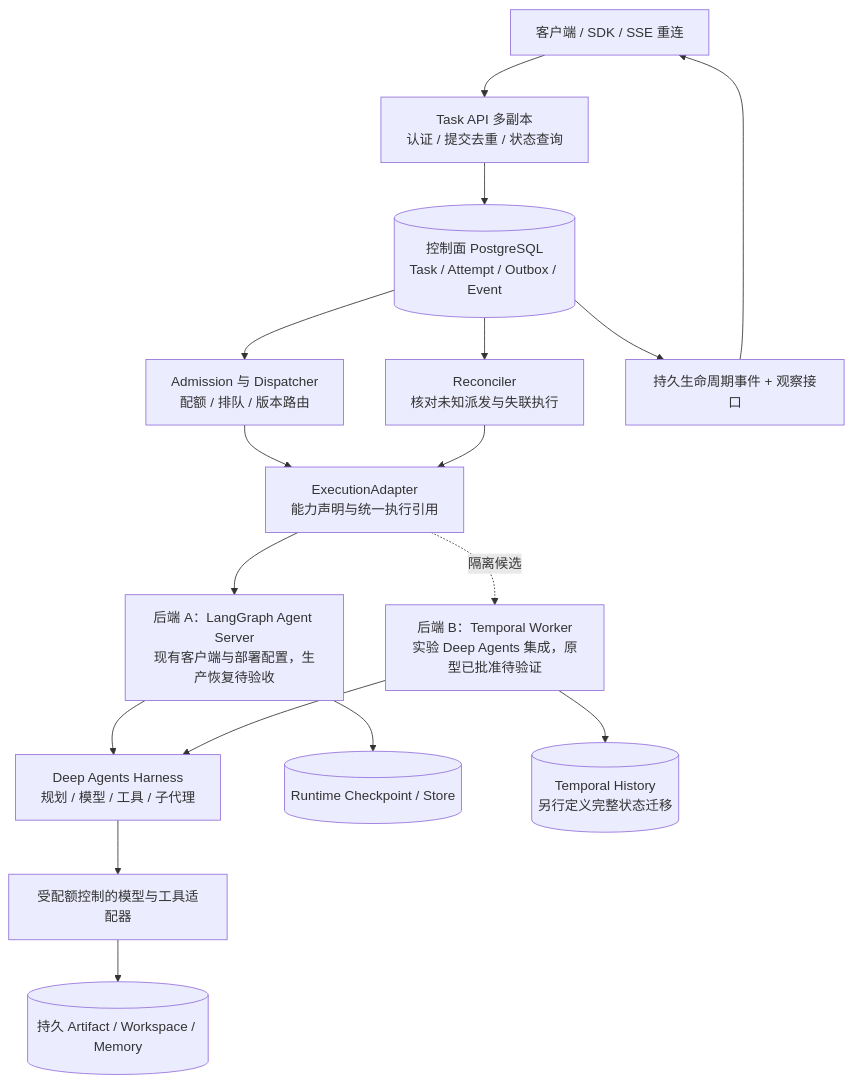
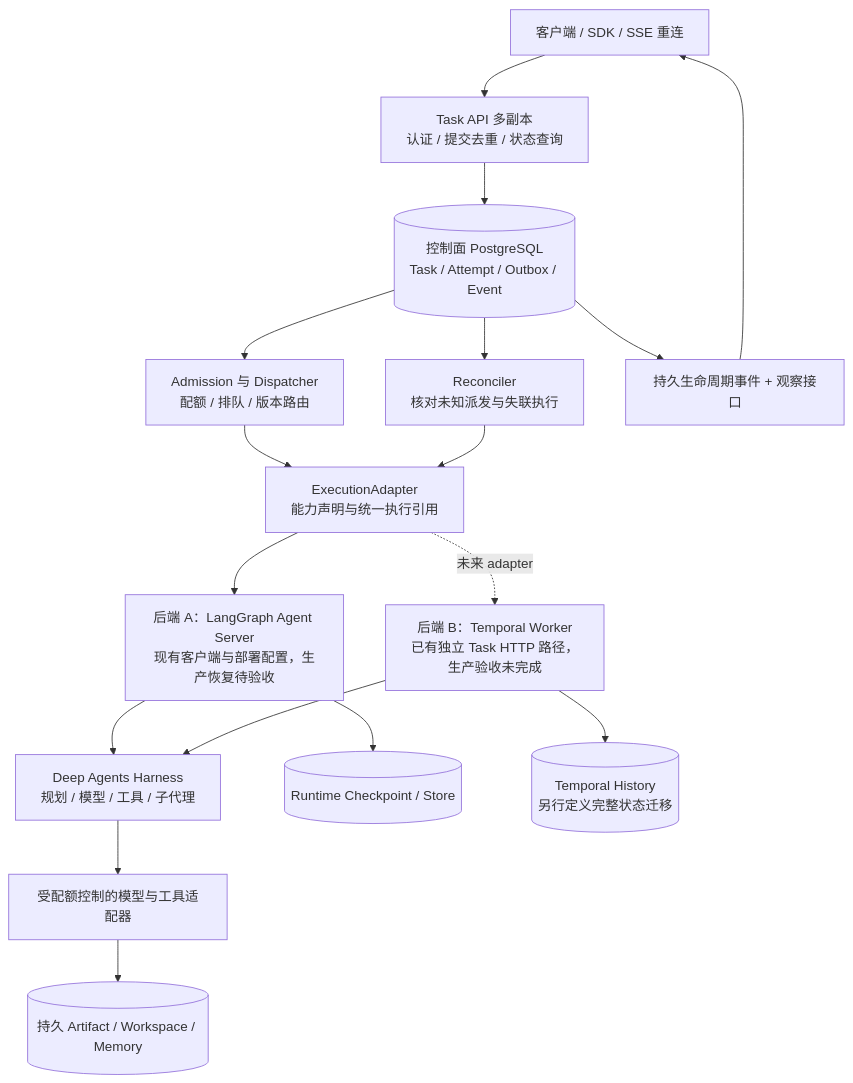
Before and after one commit to luoyjx/mini-loop: the first of 2 diagrams in docs/AGENT_SERVER_DURABLE_EXECUTION_DESIGN.md, drawn with Mermaid. The commit also changed other lines of this file and 26 other files, not shown here.

Commit message:
feat: add durable Temporal Task HTTP service

````diff
--- a/docs/AGENT_SERVER_DURABLE_EXECUTION_DESIGN.md
+++ b/docs/AGENT_SERVER_DURABLE_EXECUTION_DESIGN.md
@@ -52,19 +65,19 @@
 ```mermaid
 flowchart TB
     C[客户端 / SDK / SSE 重连] --> API[Task API 多副本<br/>认证 / 提交去重 / 状态查询]
     API --> DB[(控制面 PostgreSQL<br/>Task / Attempt / Outbox / Event)]
     DB --> AD[Admission 与 Dispatcher<br/>配额 / 排队 / 版本路由]
     DB --> RC[Reconciler<br/>核对未知派发与失联执行]
     AD --> EA[ExecutionAdapter<br/>能力声明与统一执行引用]
     RC --> EA
     EA --> LG[后端 A：LangGraph Agent Server<br/>现有客户端与部署配置，生产恢复待验收]
-    EA -. 隔离候选 .-> TW[后端 B：Temporal Worker<br/>实验 Deep Agents 集成，原型已批准待验证]
+    EA -. 未来 adapter .-> TW[后端 B：Temporal Worker<br/>已有独立 Task HTTP 路径，生产验收未完成]
     LG --> H[Deep Agents Harness<br/>规划 / 模型 / 工具 / 子代理]
     TW --> H
     LG --> LP[(Runtime Checkpoint / Store)]
     TW --> TH[(Temporal History<br/>另行定义完整状态迁移)]
     H --> IO[受配额控制的模型与工具适配器]
     IO --> ART[(持久 Artifact / Workspace / Memory)]
     DB --> EV[持久生命周期事件 + 观察接口]
     EV --> C
 ```
````
